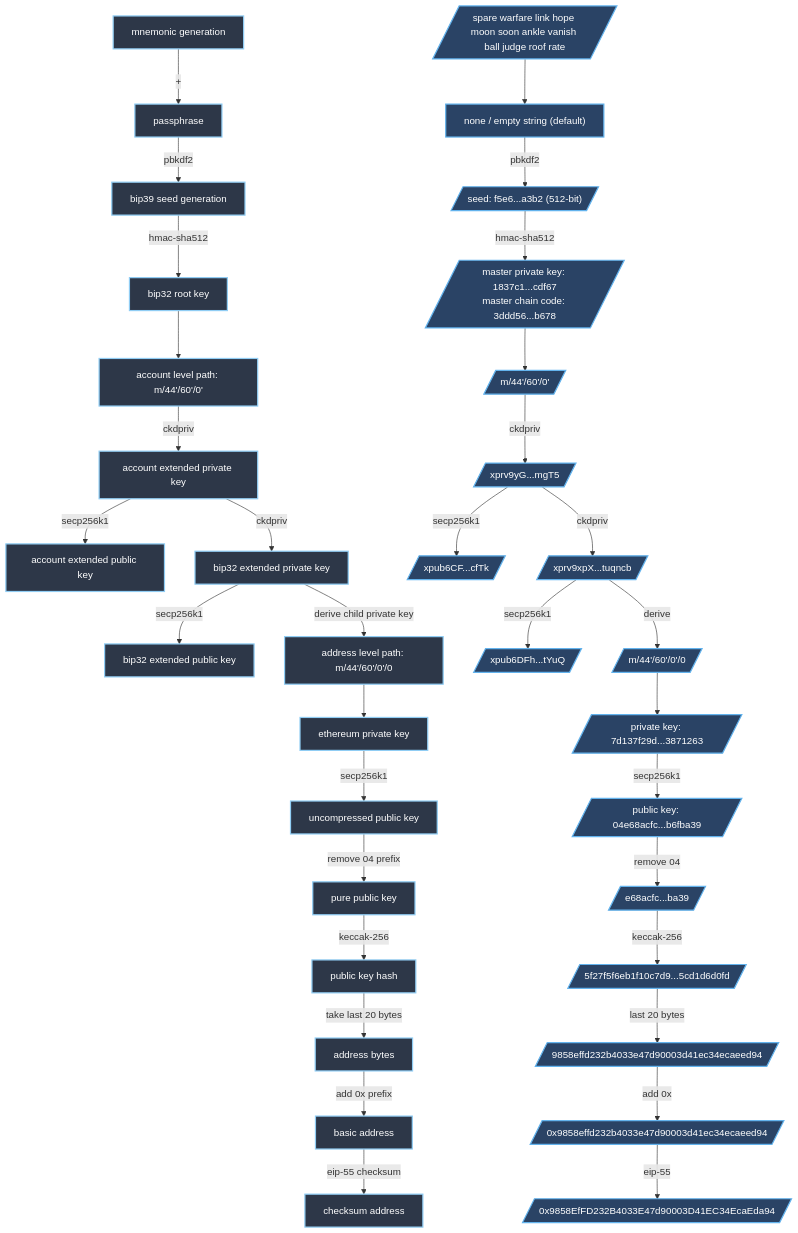
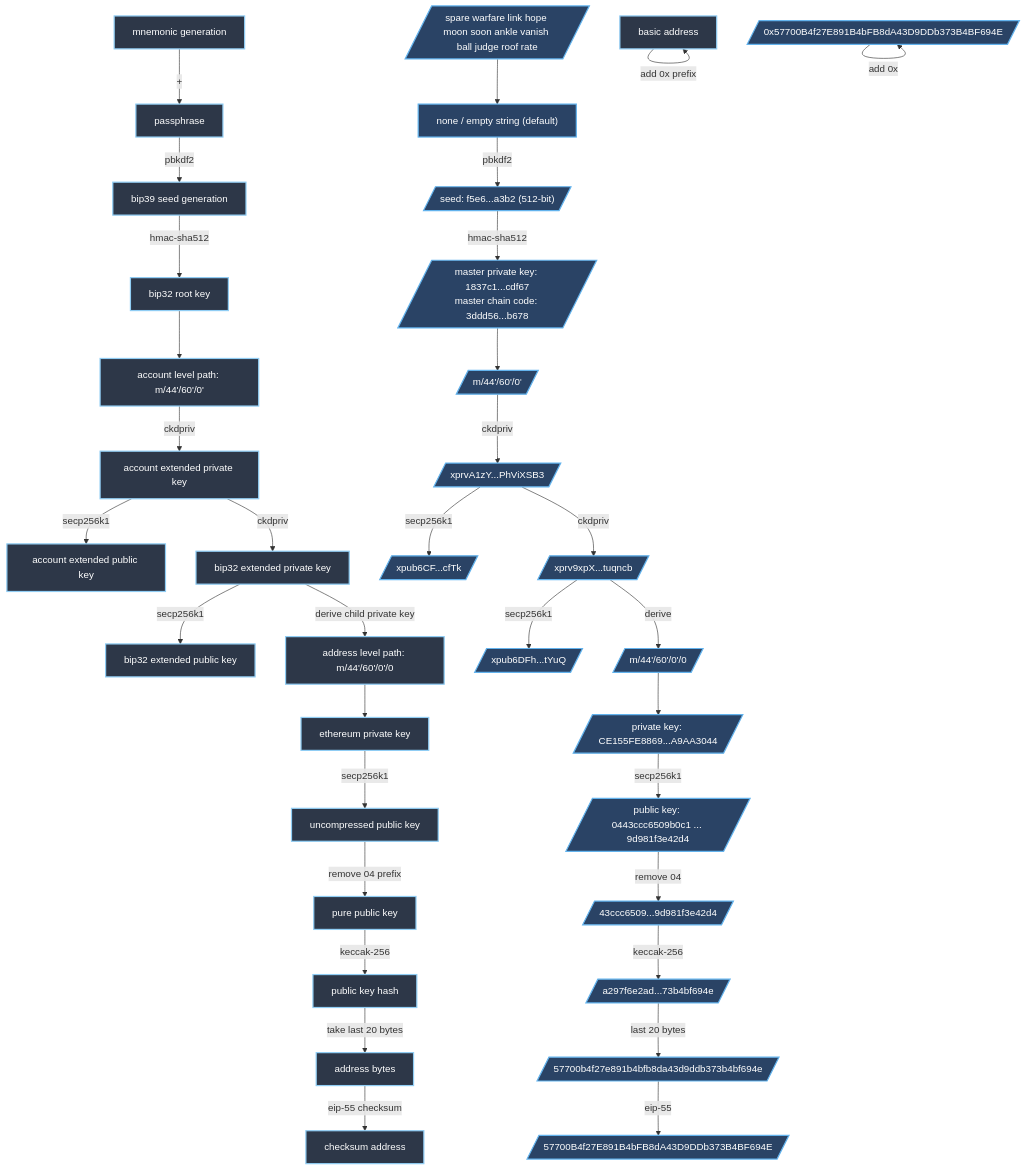
One commit to mishoko/blog changed the diagram in content/posts/web3/ethereum-address-generation.md. Above: the diagram before and after it, drawn with Mermaid. The commit also changed other lines of this file and 1 other file, not shown here.

Commit message:
add EIP-55 article

```diff
--- a/content/posts/web3/ethereum-address-generation.md
+++ b/content/posts/web3/ethereum-address-generation.md
@@ -47,9 +47,11 @@
 
 m -->|take last 20 bytes| n[address bytes]
 
-n -->|add 0x prefix| o[basic address]
+n -->|eip-55 checksum| p[checksum address]
 
-o -->|eip-55 checksum| p[checksum address]
+o -->|add 0x prefix| o[basic address]
+
+
 
   
 
@@ -63,7 +65,7 @@
 
 c1 -->d1[/"m/44'/60'/0'"/]
 
-d1 -->|ckdpriv| e1[/"xprv9yG...mgT5"/]
+d1 -->|ckdpriv| e1[/"xprvA1zY...PhViXSB3"/]
 
 e1 -->|secp256k1| f1[/"xpub6CF...cfTk"/]
 
@@ -73,19 +75,21 @@
 
 h1 -->|derive| g1[/"m/44'/60'/0'/0"/]
 
-g1 --> j1[/"private key: 7d137f29d...3871263"/]
+g1 --> j1[/"private key: CE155FE8869...A9AA3044"/]
 
-j1 -->|secp256k1| k1[/"public key: 04e68acfc...b6fba39"/]
+j1 -->|secp256k1| k1[/"public key: 0443ccc6509b0c1 ... 9d981f3e42d4"/]
 
-k1 -->|remove 04| l1[/"e68acfc...ba39"/]
+k1 -->|remove 04| l1[/"43ccc6509...9d981f3e42d4"/]
 
-l1 -->|keccak-256| m1[/"5f27f5f6eb1f10c7d9...5cd1d6d0fd"/]
+l1 -->|keccak-256| m1[/"a297f6e2ad...73b4bf694e"/]
 
-m1 -->|last 20 bytes| n1[/"9858effd232b4033e47d90003d41ec34ecaeed94"/]
+m1 -->|last 20 bytes| n1[/"57700b4f27e891b4bfb8da43d9ddb373b4bf694e"/]
 
-n1 -->|add 0x| o1[/"0x9858effd232b4033e47d90003d41ec34ecaeed94"/]
+n1 -->|eip-55| p1[/"57700B4f27E891B4bFB8dA43D9DDb373B4BF694E"/]
 
-o1 -->|eip-55| p1[/"0x9858EfFD232B4033E47d90003D41EC34EcaEda94"/]
+o1 -->|add 0x| o1[/"0x57700B4f27E891B4bFB8dA43D9DDb373B4BF694E"/]
+
+
 
   
 
```
